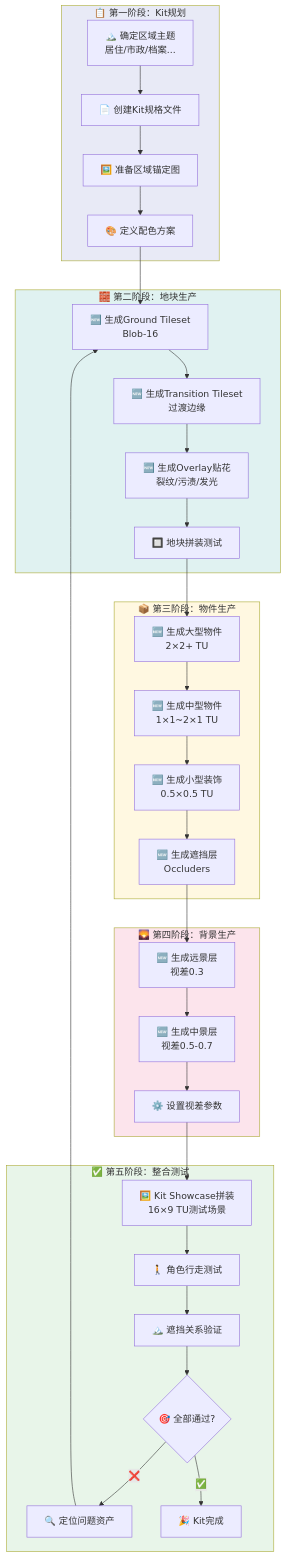
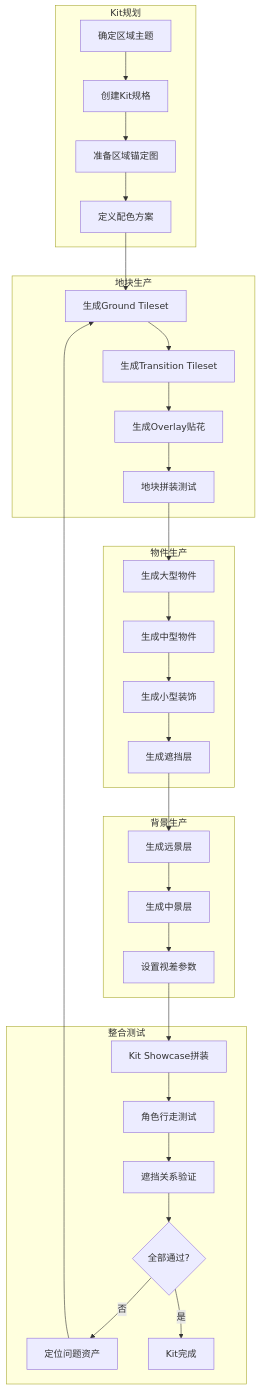
Diagram 14 of 17 in docs/art/资产生产流程图汇总.md (angelash/Footnote), drawn with Mermaid before and after one commit. The commit also changed other lines of this file and 59 other files, not shown here.

````diff
--- a/docs/art/资产生产流程图汇总.md
+++ b/docs/art/资产生产流程图汇总.md
@@ -311,45 +398,39 @@
 ```mermaid
 flowchart TB
-    subgraph Phase1["📋 第一阶段：Kit规划"]
-        A1["🏔️ 确定区域主题<br/>居住/市政/档案..."] --> A2["📄 创建Kit规格文件"]
-        A2 --> A3["🖼️ 准备区域锚定图"]
-        A3 --> A4["🎨 定义配色方案"]
+    subgraph KitPlan["Kit规划"]
+        A1["确定区域主题"] --> A2["创建Kit规格"]
+        A2 --> A3["准备区域锚定图"]
+        A3 --> A4["定义配色方案"]
     end
     
-    subgraph Phase2["🧱 第二阶段：地块生产"]
-        B1["🆕 生成Ground Tileset<br/>Blob-16"] --> B2["🆕 生成Transition Tileset<br/>过渡边缘"]
-        B2 --> B3["🆕 生成Overlay贴花<br/>裂纹/污渍/发光"]
-        B3 --> B4["🔲 地块拼装测试"]
+    subgraph KitTiles["地块生产"]
+        B1["生成Ground Tileset"] --> B2["生成Transition Tileset"]
+        B2 --> B3["生成Overlay贴花"]
+        B3 --> B4["地块拼装测试"]
     end
     
-    subgraph Phase3["📦 第三阶段：物件生产"]
-        C1["🆕 生成大型物件<br/>2×2+ TU"] --> C2["🆕 生成中型物件<br/>1×1~2×1 TU"]
-        C2 --> C3["🆕 生成小型装饰<br/>0.5×0.5 TU"]
-        C3 --> C4["🆕 生成遮挡层<br/>Occluders"]
+    subgraph KitObjects["物件生产"]
+        C1["生成大型物件"] --> C2["生成中型物件"]
+        C2 --> C3["生成小型装饰"]
+        C3 --> C4["生成遮挡层"]
     end
     
-    subgraph Phase4["🌄 第四阶段：背景生产"]
-        D1["🆕 生成远景层<br/>视差0.3"] --> D2["🆕 生成中景层<br/>视差0.5-0.7"]
-        D2 --> D3["⚙️ 设置视差参数"]
+    subgraph KitBG["背景生产"]
+        D1["生成远景层"] --> D2["生成中景层"]
+        D2 --> D3["设置视差参数"]
     end
     
-    subgraph Phase5["✅ 第五阶段：整合测试"]
-        E1["🖼️ Kit Showcase拼装<br/>16×9 TU测试场景"] --> E2["🚶 角色行走测试"]
-        E2 --> E3["🏔️ 遮挡关系验证"]
-        E3 --> E4{"🎯 全部通过?"}
-        E4 -->|"❌"| E5["🔍 定位问题资产"]
+    subgraph KitTest["整合测试"]
+        E1["Kit Showcase拼装"] --> E2["角色行走测试"]
+        E2 --> E3["遮挡关系验证"]
+        E3 --> E4{"全部通过?"}
+        E4 -->|"否"| E5["定位问题资产"]
         E5 --> B1
-        E4 -->|"✅"| E6["🎉 Kit完成"]
+        E4 -->|"是"| E6["Kit完成"]
     end
     
     A4 --> B1
     B4 --> C1
     C4 --> D1
     D3 --> E1
-    
-    style Phase1 fill:#e8eaf6
-    style Phase2 fill:#e0f2f1
-    style Phase3 fill:#fff8e1
-    style Phase4 fill:#fce4ec
-    style Phase5 fill:#e8f5e9
 ```
````
